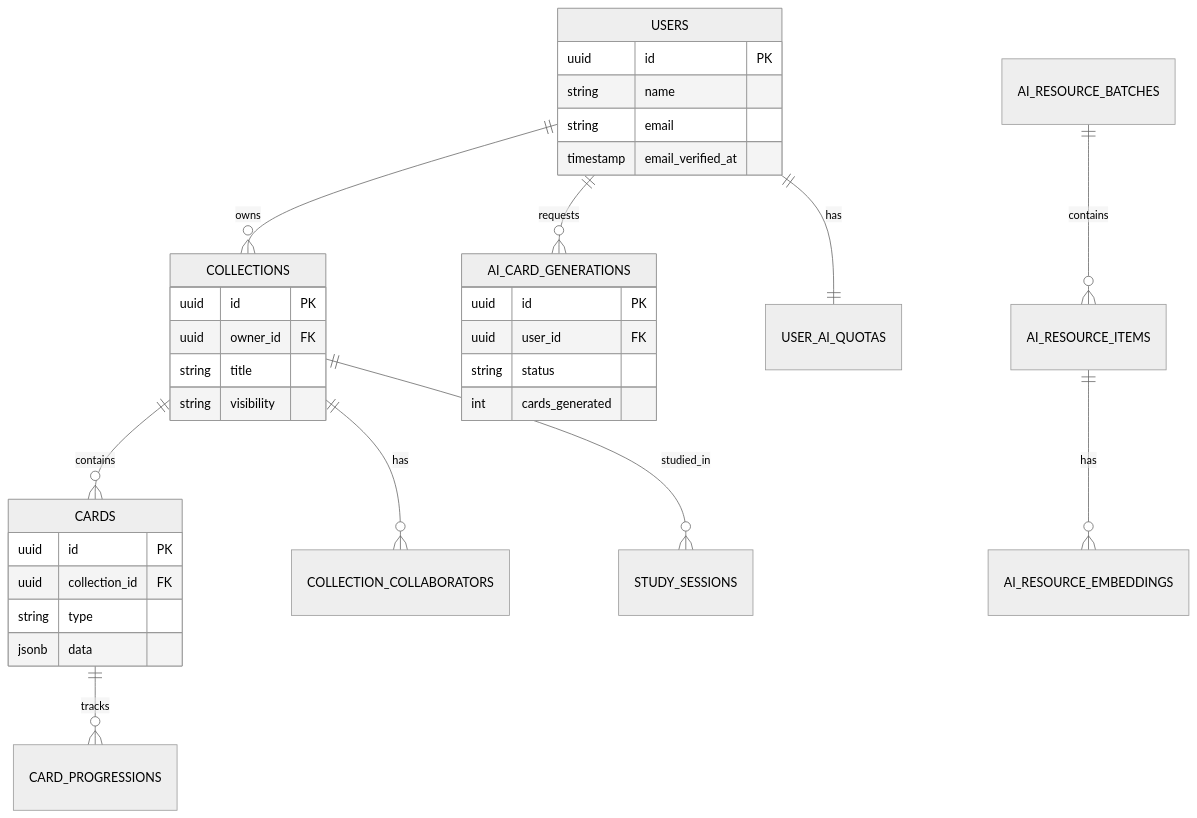
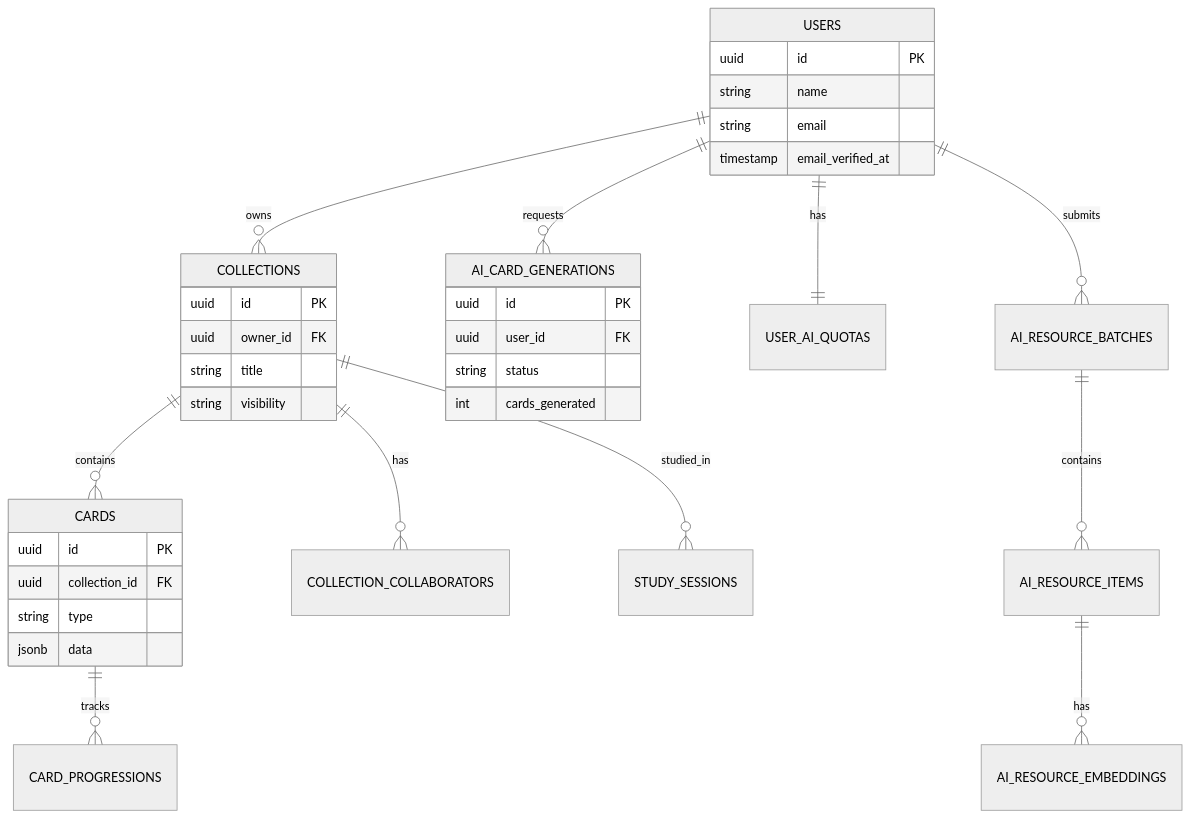
One commit to mindlet-app/docs changed the fourth of 4 diagrams in src/content/docs/architecture/backend.mdx. Above: the diagram before and after it, drawn with Mermaid (neutral theme).

````diff
--- a/src/content/docs/architecture/backend.mdx
+++ b/src/content/docs/architecture/backend.mdx
@@ -1200,43 +1200,44 @@
 ```mermaid
 erDiagram
     USERS ||--o{ COLLECTIONS : owns
     USERS ||--o{ AI_CARD_GENERATIONS : requests
     USERS ||--|| USER_AI_QUOTAS : has
+    USERS ||--o{ AI_RESOURCE_BATCHES : submits
 
     COLLECTIONS ||--o{ CARDS : contains
     COLLECTIONS ||--o{ COLLECTION_COLLABORATORS : has
     COLLECTIONS ||--o{ STUDY_SESSIONS : studied_in
 
     CARDS ||--o{ CARD_PROGRESSIONS : tracks
 
     AI_RESOURCE_BATCHES ||--o{ AI_RESOURCE_ITEMS : contains
     AI_RESOURCE_ITEMS ||--o{ AI_RESOURCE_EMBEDDINGS : has
 
     USERS {
         uuid id PK
         string name
         string email
         timestamp email_verified_at
     }
 
     COLLECTIONS {
         uuid id PK
         uuid owner_id FK
         string title
         string visibility
     }
 
     CARDS {
         uuid id PK
         uuid collection_id FK
         string type
         jsonb data
     }
 
     AI_CARD_GENERATIONS {
         uuid id PK
         uuid user_id FK
         string status
         int cards_generated
     }
 ```
````
